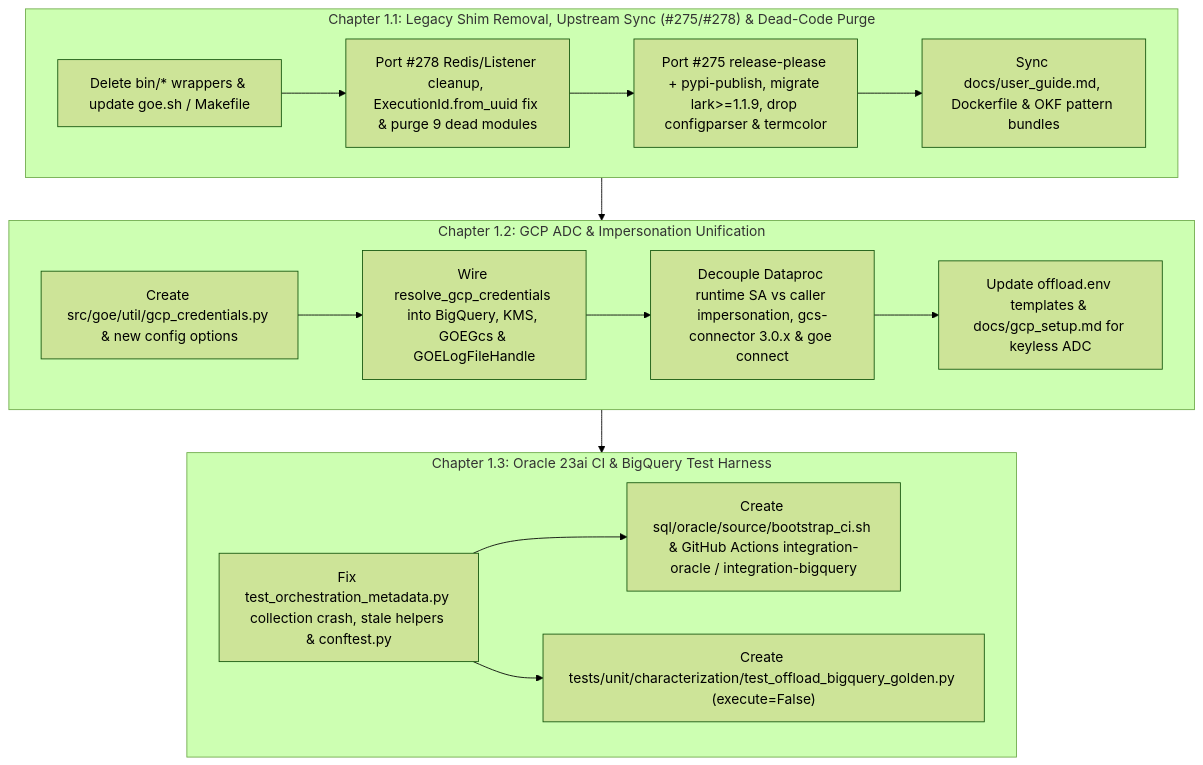
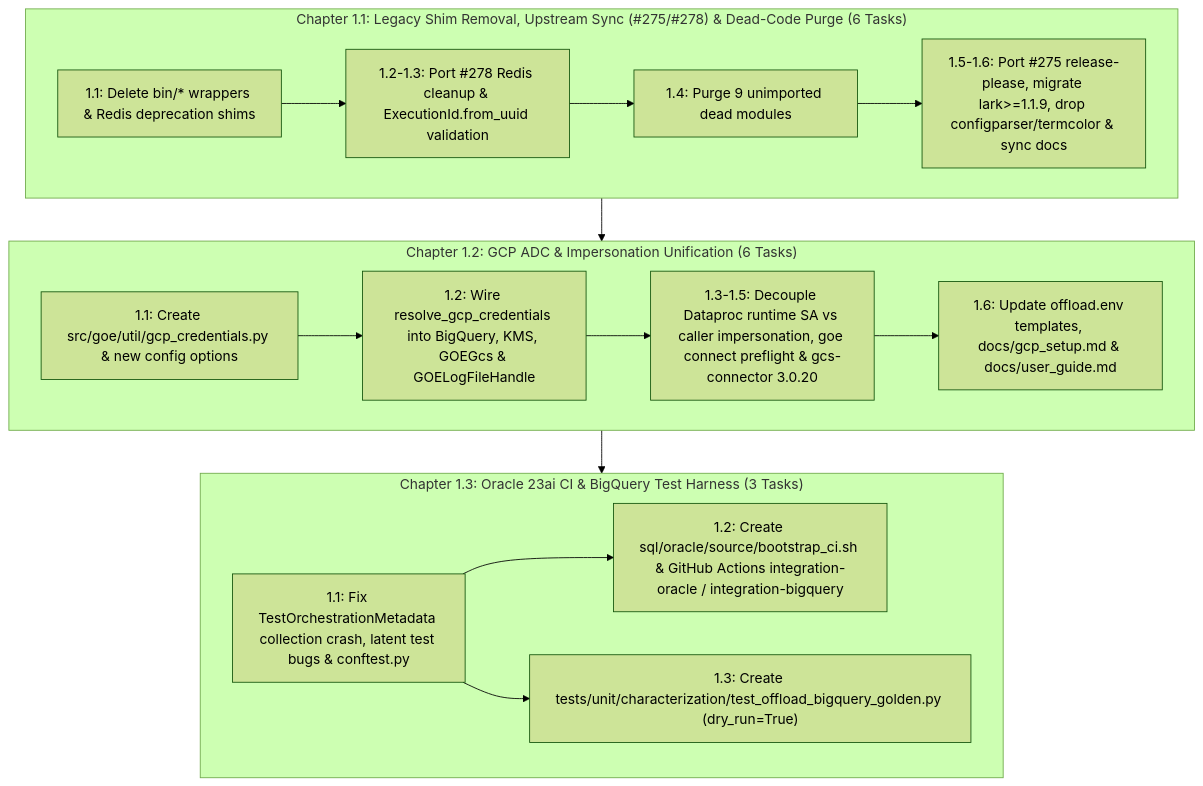
Before and after one commit to cofin/goe: the diagram in .agents/bundles/specs/prd_01_foundation_adc_and_ci_harness_20261010/spec.md, drawn with Mermaid (forest theme). The commit also changed other lines of this file and 83 other files, not shown here.

Commit message:
docs(specs): refine Flow master PRDs and child flow worksheets to zero-ambiguity standard

````diff
--- a/.agents/bundles/specs/prd_01_foundation_adc_and_ci_harness_20261010/spec.md
+++ b/.agents/bundles/specs/prd_01_foundation_adc_and_ci_harness_20261010/spec.md
@@ -53,33 +45,28 @@
 ```mermaid
 flowchart TD
-    subgraph Ch1_1["Chapter 1.1: Legacy Shim Removal, Upstream Sync (#275/#278) & Dead-Code Purge"]
-        BIN["Delete bin/* wrappers & update goe.sh / Makefile"]
-        REDIS["Port #278 Redis/Listener cleanup, ExecutionId.from_uuid fix & purge 9 dead modules"]
-        DEPS["Port #275 release-please + pypi-publish, migrate lark>=1.1.9, drop configparser & termcolor"]
-        DOCS1["Sync docs/user_guide.md, Dockerfile & OKF pattern bundles"]
-        BIN --> REDIS
-        REDIS --> DEPS
-        DEPS --> DOCS1
+    subgraph Ch1_1["Chapter 1.1: Legacy Shim Removal, Upstream Sync (#275/#278) & Dead-Code Purge (6 Tasks)"]
+        BIN["1.1: Delete bin/* wrappers & Redis deprecation shims"]
+        REDIS["1.2-1.3: Port #278 Redis cleanup & ExecutionId.from_uuid validation"]
+        DEAD["1.4: Purge 9 unimported dead modules"]
+        DEPS["1.5-1.6: Port #275 release-please, migrate lark>=1.1.9, drop configparser/termcolor & sync docs"]
+        BIN --> REDIS --> DEAD --> DEPS
     end
 
-    subgraph Ch1_2["Chapter 1.2: GCP ADC & Impersonation Unification"]
-        CRED["Create src/goe/util/gcp_credentials.py & new config options"]
-        BQ_GCS["Wire resolve_gcp_credentials into BigQuery, KMS, GOEGcs & GOELogFileHandle"]
-        DP_CONN["Decouple Dataproc runtime SA vs caller impersonation, gcs-connector 3.0.x & goe connect"]
-        DOCS2["Update offload.env templates & docs/gcp_setup.md for keyless ADC"]
-        CRED --> BQ_GCS
-        BQ_GCS --> DP_CONN
-        DP_CONN --> DOCS2
+    subgraph Ch1_2["Chapter 1.2: GCP ADC & Impersonation Unification (6 Tasks)"]
+        CRED["1.1: Create src/goe/util/gcp_credentials.py & new config options"]
+        BQ_GCS["1.2: Wire resolve_gcp_credentials into BigQuery, KMS, GOEGcs & GOELogFileHandle"]
+        DP_CONN["1.3-1.5: Decouple Dataproc runtime SA vs caller impersonation, goe connect preflight & gcs-connector 3.0.20"]
+        DOCS2["1.6: Update offload.env templates, docs/gcp_setup.md & docs/user_guide.md"]
+        CRED --> BQ_GCS --> DP_CONN --> DOCS2
     end
 
-    subgraph Ch1_3["Chapter 1.3: Oracle 23ai CI & BigQuery Test Harness"]
-        COLL["Fix test_orchestration_metadata.py collection crash, stale helpers & conftest.py"]
-        ORACI["Create sql/oracle/source/bootstrap_ci.sh & GitHub Actions integration-oracle / integration-bigquery"]
-        GOLD["Create tests/unit/characterization/test_offload_bigquery_golden.py (execute=False)"]
+    subgraph Ch1_3["Chapter 1.3: Oracle 23ai CI & BigQuery Test Harness (3 Tasks)"]
+        COLL["1.1: Fix TestOrchestrationMetadata collection crash, latent test bugs & conftest.py"]
+        ORACI["1.2: Create sql/oracle/source/bootstrap_ci.sh & GitHub Actions integration-oracle / integration-bigquery"]
+        GOLD["1.3: Create tests/unit/characterization/test_offload_bigquery_golden.py (dry_run=True)"]
         COLL --> ORACI
         COLL --> GOLD
     end
 
-    Ch1_1 --> Ch1_2
-    Ch1_2 --> Ch1_3
+    Ch1_1 --> Ch1_2 --> Ch1_3
 ```
````
